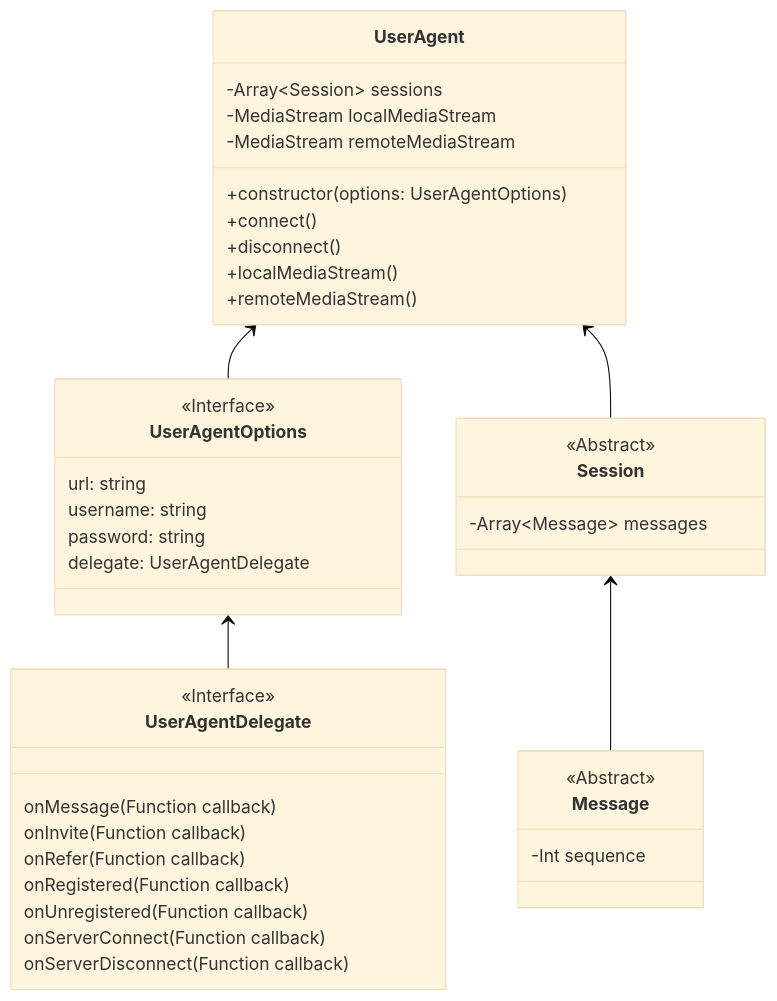
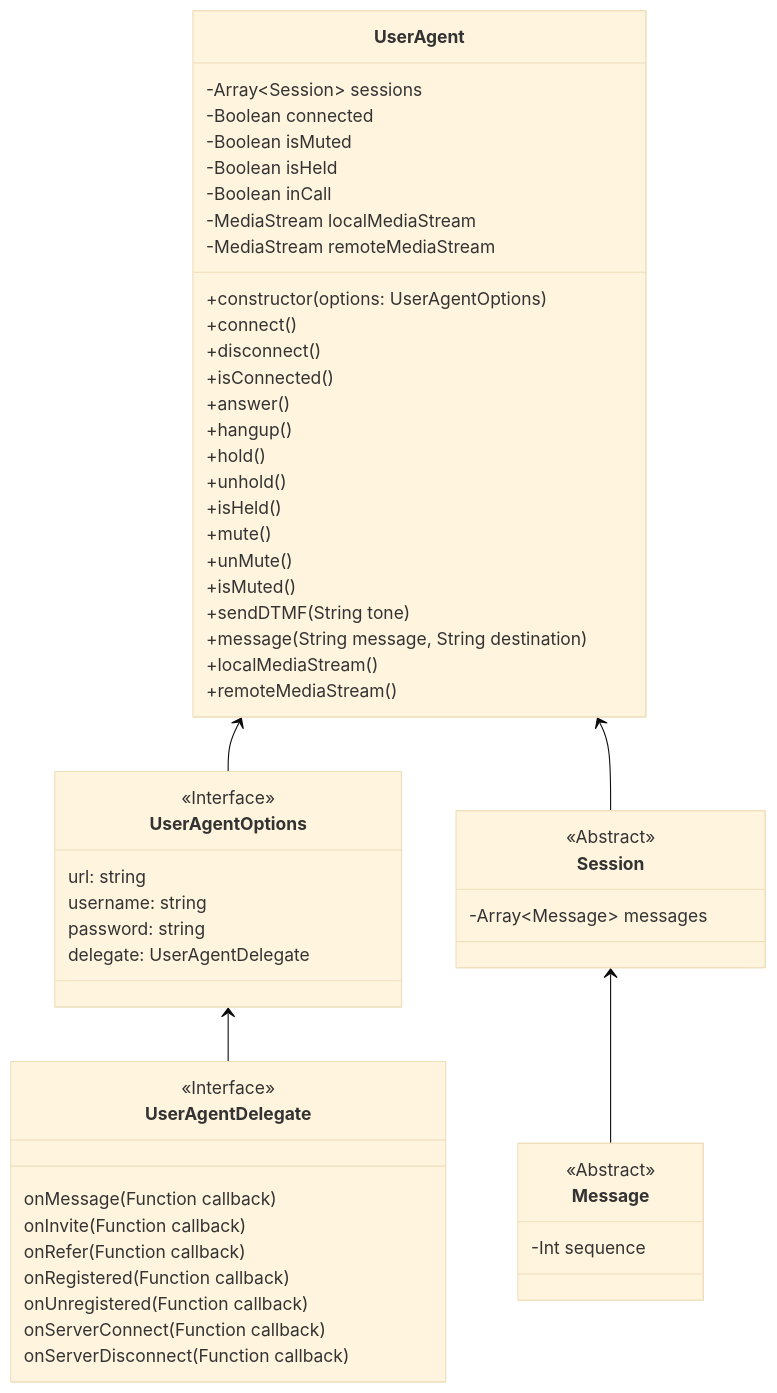
The first of 4 diagrams in docs/src/case/README.md (martin-juul/sip-ua), drawn with Mermaid before and after one commit. The commit also changed other lines of this file, not shown here.

Commit message:
docs: expand UserAgent classDiagram

````diff
--- a/docs/src/case/README.md
+++ b/docs/src/case/README.md
@@ -93,46 +93,62 @@
 ```mermaid
 %%{init: {'theme':'base', "securityLevel": "loose"}}%%
 
 classDiagram
     UserAgent <-- UserAgentOptions
     class UserAgent{
         -Array~Session~ sessions
+        -Boolean connected
+        -Boolean isMuted
+        -Boolean isHeld
+        -Boolean inCall
         -MediaStream localMediaStream
         -MediaStream remoteMediaStream
         
         +constructor(options: UserAgentOptions)
 
         +connect()
         +disconnect()
+        +isConnected()
+        +answer()
+        +hangup()
+        +hold()
+        +unhold()
+        +isHeld()
+        +mute()
+        +unMute()
+        +isMuted()
+        +sendDTMF(String tone)
+        +message(String message, String destination)
+        
         +localMediaStream()
         +remoteMediaStream()
     }
     class UserAgentOptions{
         <<Interface>>
         url: string
         username: string
         password: string
         delegate: UserAgentDelegate
     }
     UserAgentOptions <-- UserAgentDelegate
     class UserAgentDelegate{
         <<Interface>>
         onMessage(Function callback)
         onInvite(Function callback)
         onRefer(Function callback)
         onRegistered(Function callback)
         onUnregistered(Function callback)
         onServerConnect(Function callback)
         onServerDisconnect(Function callback)
     }
     UserAgent <-- Session
     class Session{
         <<Abstract>>
         -Array~Message~ messages
     }
     Session <-- Message
     class Message{
         <<Abstract>>
         -Int sequence
     }
 ```
````
